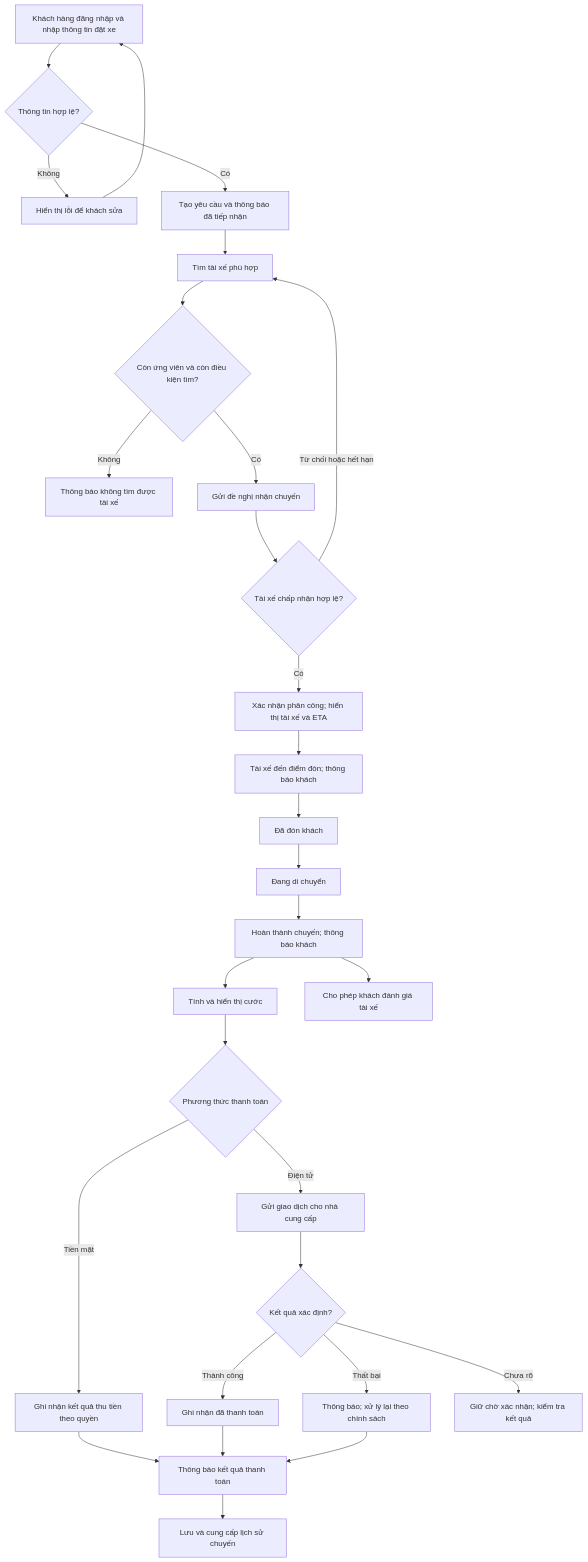
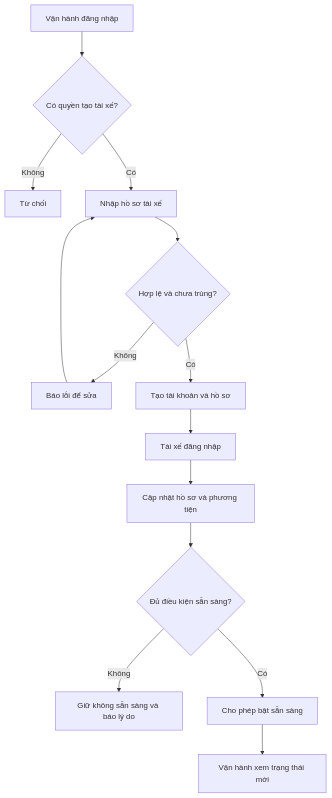
Before and after one commit to fitduycao/23662021_ToNguyenKhanhDuy_CABSYSTEM: the third of 4 diagrams in srs.md, drawn with Mermaid. The commit also changed other lines of this file, not shown here.

````diff
--- a/srs.md
+++ b/srs.md
@@ -148,31 +157,16 @@
 ```mermaid
 flowchart TD
-    A[Khách hàng đăng nhập và nhập thông tin đặt xe] --> B{Thông tin hợp lệ?}
-    B -- Không --> C[Hiển thị lỗi để khách sửa]
-    C --> A
-    B -- Có --> D[Tạo yêu cầu và thông báo đã tiếp nhận]
-    D --> E[Tìm tài xế phù hợp]
-    E --> F{Còn ứng viên và còn điều kiện tìm?}
-    F -- Không --> G[Thông báo không tìm được tài xế]
-    F -- Có --> H[Gửi đề nghị nhận chuyến]
-    H --> I{Tài xế chấp nhận hợp lệ?}
-    I -- Từ chối hoặc hết hạn --> E
-    I -- Có --> J[Xác nhận phân công; hiển thị tài xế và ETA]
-    J --> K[Tài xế đến điểm đón; thông báo khách]
-    K --> L[Đã đón khách]
-    L --> M[Đang di chuyển]
-    M --> N[Hoàn thành chuyến; thông báo khách]
-    N --> O[Tính và hiển thị cước]
-    O --> P{Phương thức thanh toán}
-    P -- Tiền mặt --> Q[Ghi nhận kết quả thu tiền theo quyền]
-    P -- Điện tử --> R[Gửi giao dịch cho nhà cung cấp]
-    R --> S{Kết quả xác định?}
-    S -- Thành công --> T[Ghi nhận đã thanh toán]
-    S -- Thất bại --> U[Thông báo; xử lý lại theo chính sách]
-    S -- Chưa rõ --> V[Giữ chờ xác nhận; kiểm tra kết quả]
-    Q --> W[Thông báo kết quả thanh toán]
-    T --> W
-    U --> W
-    W --> X[Lưu và cung cấp lịch sử chuyến]
-    N --> Y[Cho phép khách đánh giá tài xế]
+    A[Vận hành đăng nhập] --> B{Có quyền tạo tài xế?}
+    B -- Không --> C[Từ chối]
+    B -- Có --> D[Nhập hồ sơ tài xế]
+    D --> E{Hợp lệ và chưa trùng?}
+    E -- Không --> F[Báo lỗi để sửa]
+    F --> D
+    E -- Có --> G[Tạo tài khoản và hồ sơ]
+    G --> H[Tài xế đăng nhập]
+    H --> I[Cập nhật hồ sơ và phương tiện]
+    I --> J{Đủ điều kiện sẵn sàng?}
+    J -- Không --> K[Giữ không sẵn sàng và báo lý do]
+    J -- Có --> L[Cho phép bật sẵn sàng]
+    L --> M[Vận hành xem trạng thái mới]
 ```
````
